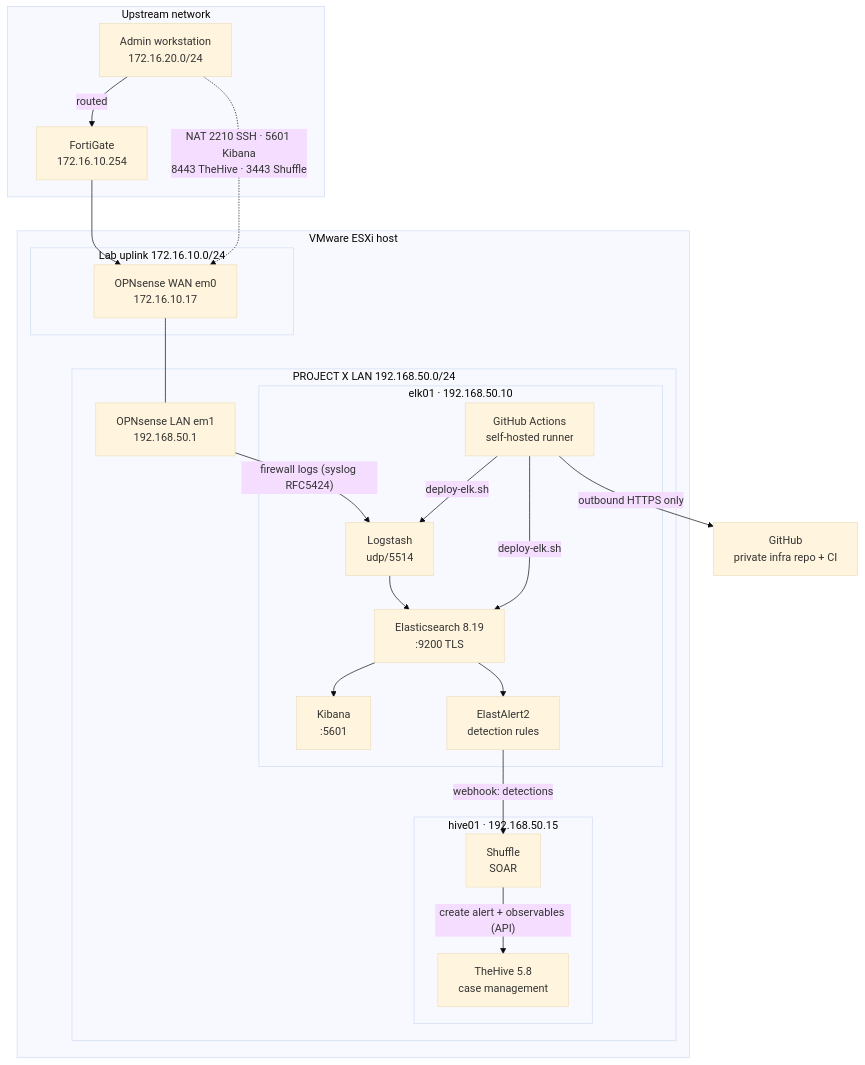
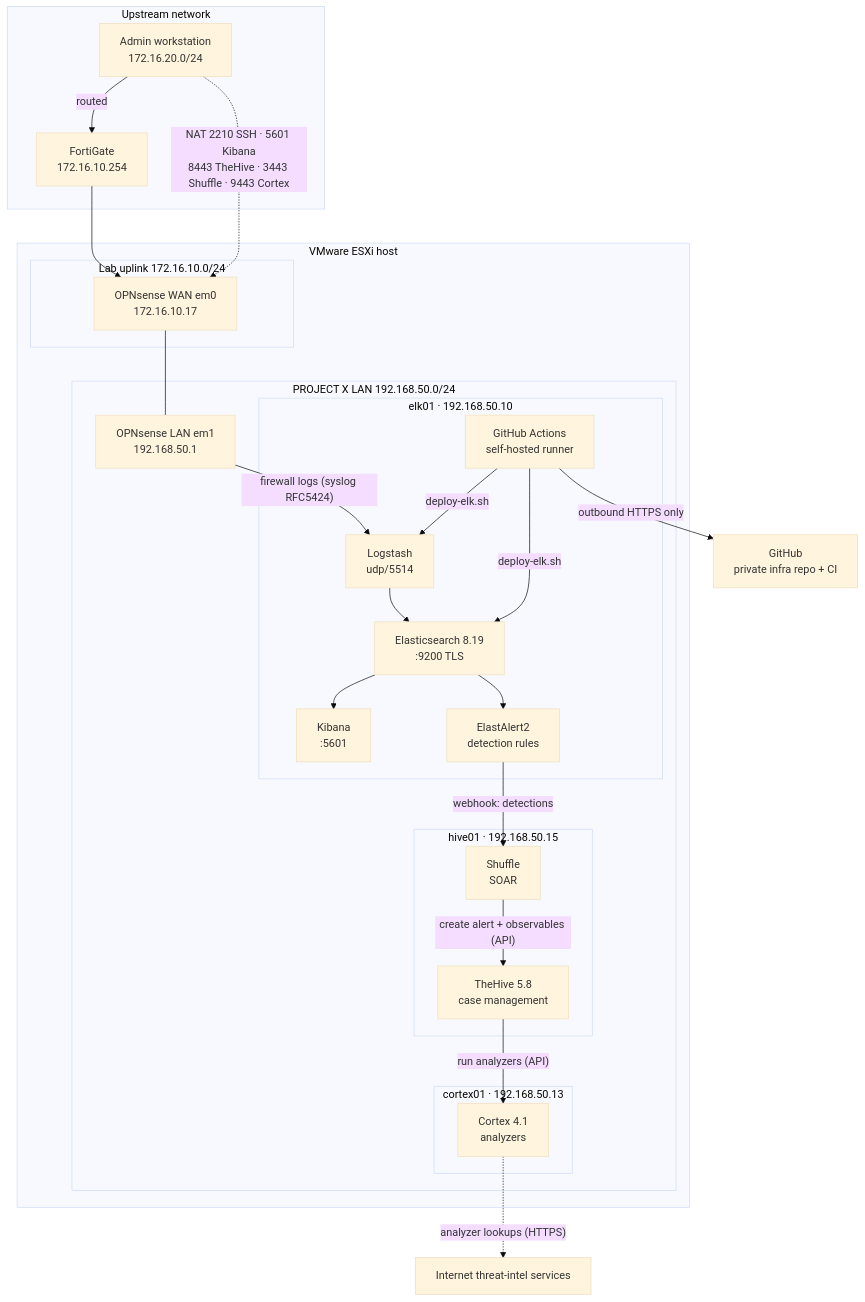
The diagram in README.md (PENDUSTAA/ProjectX-NextGen-SOC), drawn with Mermaid (base theme) before and after one commit. The commit also changed other lines of this file and 3 other files, not shown here.

Commit message:
cortex01: Cortex 4.1 for observable analysis, connected to TheHive; diagram, port forward, docs

````diff
--- a/README.md
+++ b/README.md
@@ -9,39 +9,44 @@
 ```mermaid
 flowchart TB
     subgraph Upstream["Upstream network"]
         FGT["FortiGate<br/>172.16.10.254"]
         ADMIN["Admin workstation<br/>172.16.20.0/24"]
     end
 
     subgraph ESXi["VMware ESXi host"]
         subgraph Uplink["Lab uplink 172.16.10.0/24"]
             WAN["OPNsense WAN em0<br/>172.16.10.17"]
         end
         subgraph LAN["PROJECT X LAN 192.168.50.0/24"]
             OPNL["OPNsense LAN em1<br/>192.168.50.1"]
             subgraph ELK01["elk01 · 192.168.50.10"]
                 LS["Logstash<br/>udp/5514"]
                 ES["Elasticsearch 8.19<br/>:9200 TLS"]
                 KB["Kibana<br/>:5601"]
                 EA["ElastAlert2<br/>detection rules"]
                 RUN["GitHub Actions<br/>self-hosted runner"]
             end
             subgraph HIVE01["hive01 · 192.168.50.15"]
                 TH["TheHive 5.8<br/>case management"]
                 SH["Shuffle<br/>SOAR"]
             end
+            subgraph CX01["cortex01 · 192.168.50.13"]
+                CX["Cortex 4.1<br/>analyzers"]
+            end
         end
     end
 
     GH["GitHub<br/>private infra repo + CI"]
 
     ADMIN -- routed --> FGT --> WAN
     WAN --- OPNL
     OPNL -- "firewall logs (syslog RFC5424)" --> LS --> ES --> KB
-    ADMIN -. "NAT 2210 SSH · 5601 Kibana<br/>8443 TheHive · 3443 Shuffle" .-> WAN
+    ADMIN -. "NAT 2210 SSH · 5601 Kibana<br/>8443 TheHive · 3443 Shuffle · 9443 Cortex" .-> WAN
     ES --> EA -- "webhook: detections" --> SH
     SH -- "create alert + observables (API)" --> TH
+    TH -- "run analyzers (API)" --> CX
+    CX -. "analyzer lookups (HTTPS)" .-> NET["Internet threat-intel services"]
     RUN -- "outbound HTTPS only" --> GH
     RUN -- "deploy-elk.sh" --> LS
     RUN -- "deploy-elk.sh" --> ES
 ```
````
